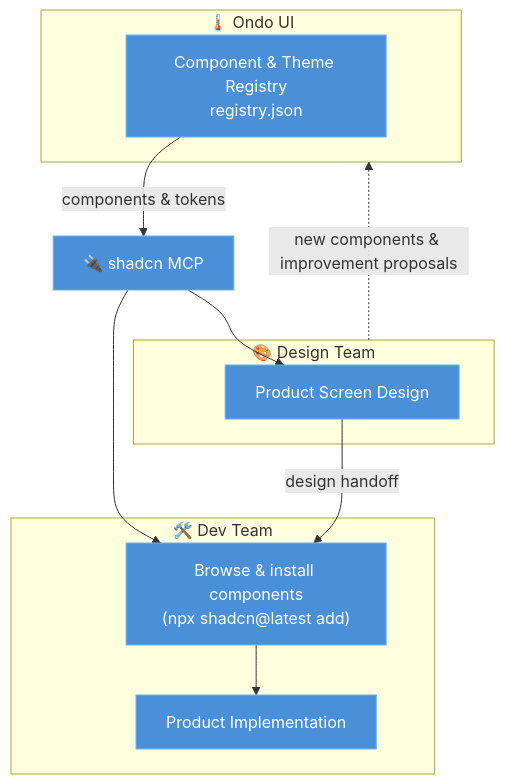
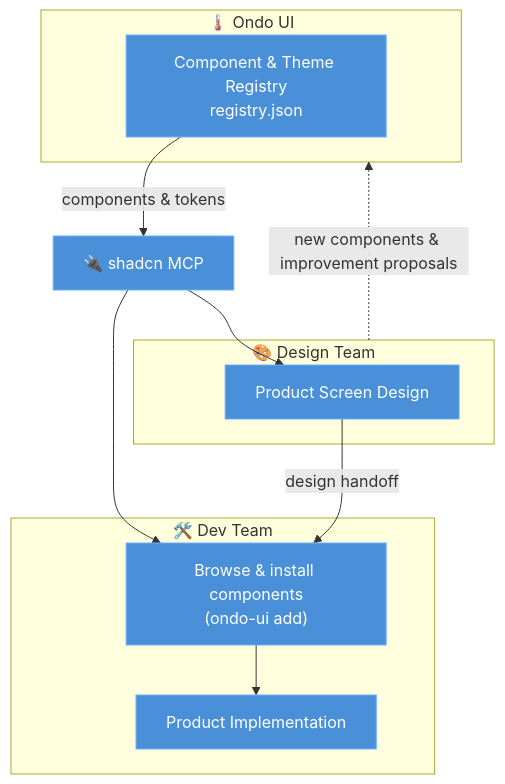
The diagram in packages/ondo-ui-cli/README.md (douinc/ondo-ui), drawn with Mermaid before and after one commit. The commit also changed other lines of this file and 6 other files, not shown here.

````diff
--- a/packages/ondo-ui-cli/README.md
+++ b/packages/ondo-ui-cli/README.md
@@ -23,24 +23,24 @@
 ```mermaid
 flowchart TD
     classDef default fill:#4a90d9,stroke:#6ab0ff,color:#fff
 
     subgraph ondo["🌡️ Ondo UI"]
         registry["Component & Theme Registry<br/>registry.json"]
     end
 
     mcp["🔌 shadcn MCP"]
 
     subgraph design["🎨 Design Team"]
         mockup["Product Screen Design"]
     end
 
     subgraph dev["🛠️ Dev Team"]
-        add["Browse & install components<br/>(npx shadcn@latest add)"] --> product["Product Implementation"]
+        add["Browse & install components<br/>(ondo-ui add)"] --> product["Product Implementation"]
     end
 
     registry -->|"components & tokens"| mcp
     mcp --> mockup
     mcp --> add
     mockup -->|"design handoff"| add
     design -.->|"new components & improvement proposals"| ondo
 ```
````
